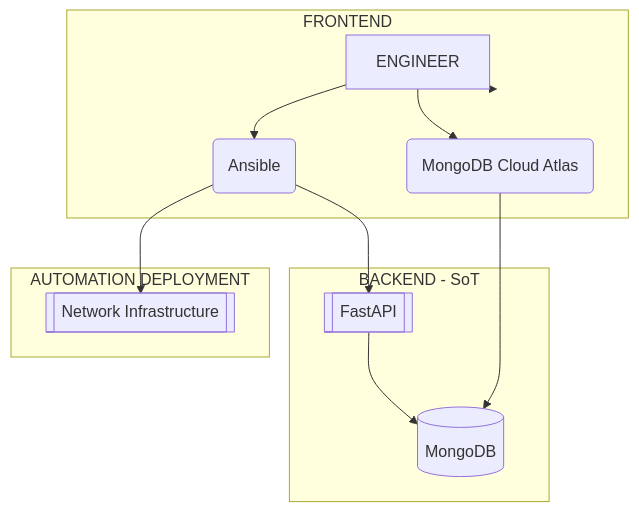
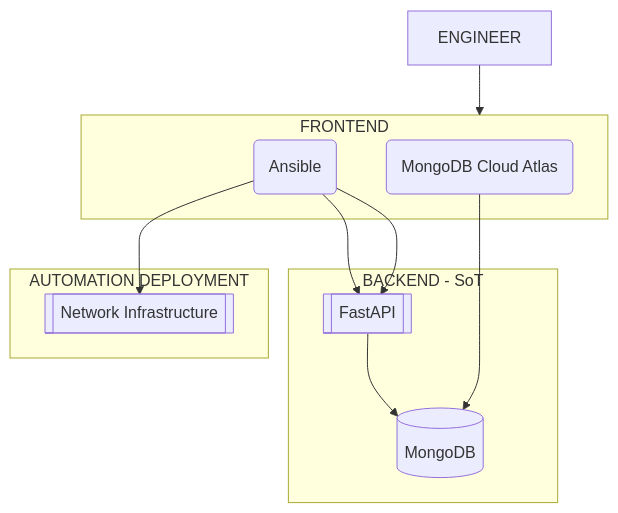
The diagram in diagrams/automation_framework.md (jnaranjom/iac_network_deployment), drawn with Mermaid before and after one commit.

````diff
--- a/diagrams/automation_framework.md
+++ b/diagrams/automation_framework.md
@@ -1,22 +1,21 @@
 ```mermaid
 flowchart TB
     A[(MongoDB)]
     B[[FastAPI]]
     C(MongoDB Cloud Atlas)
     D(Ansible)
     E[[Network Infrastructure]]
     F[ENGINEER]
     subgraph BACKEND - SoT
         B --> A
     end
     subgraph FRONTEND
-        F --> D
-        F --> C
         C --> A
+        D --> B
     end
     F --> FRONTEND
     subgraph AUTOMATION DEPLOYMENT
         D --> B
         D --> E
     end
 ```
````
